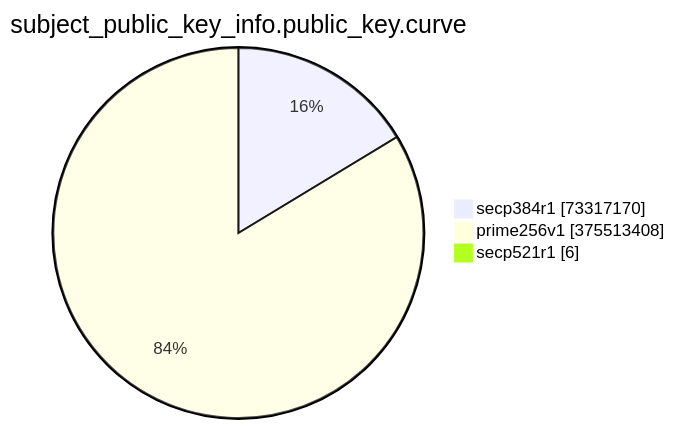
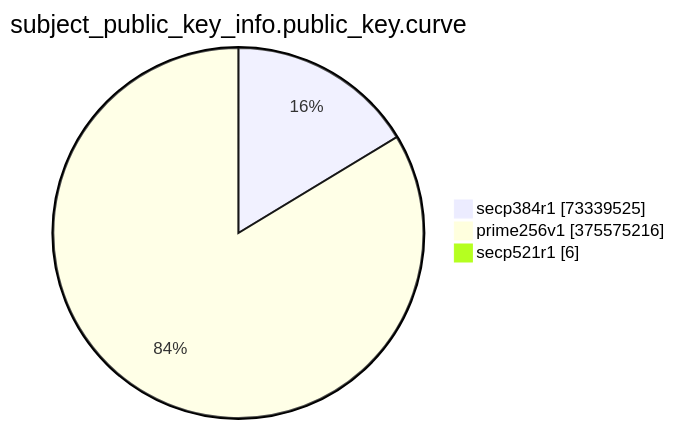
Before and after one commit to christiankrug/ctmonitor_visualization: the eighth of 15 diagrams in TOTAL/README.md, drawn with Mermaid. The commit also changed other lines of this file, not shown here.

````diff
--- a/TOTAL/README.md
+++ b/TOTAL/README.md
@@ -3092,7 +3092,7 @@
 ```mermaid
 pie showData
 title subject_public_key_info.public_key.curve
-"secp384r1" :73317170
-"prime256v1" :375513408
+"secp384r1" :73339525
+"prime256v1" :375575216
 "secp521r1" :6
 ```
````
